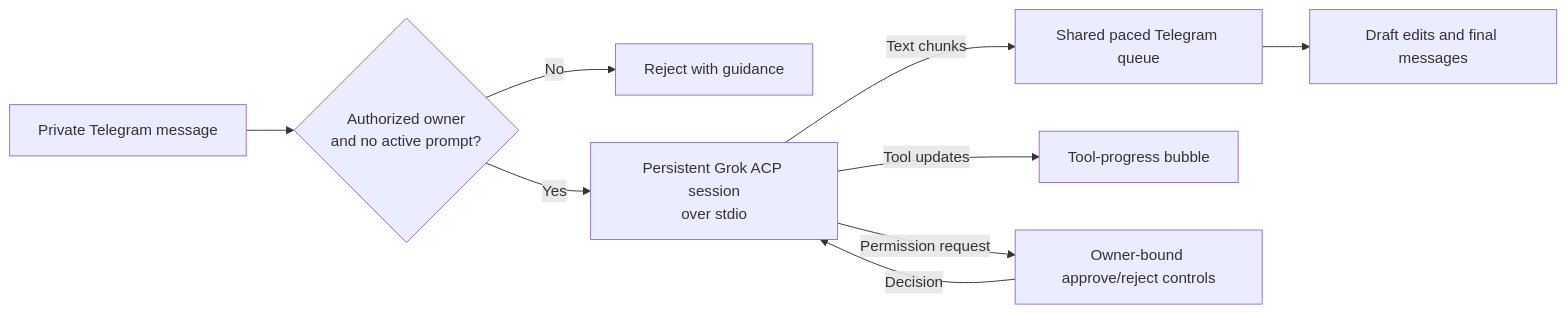
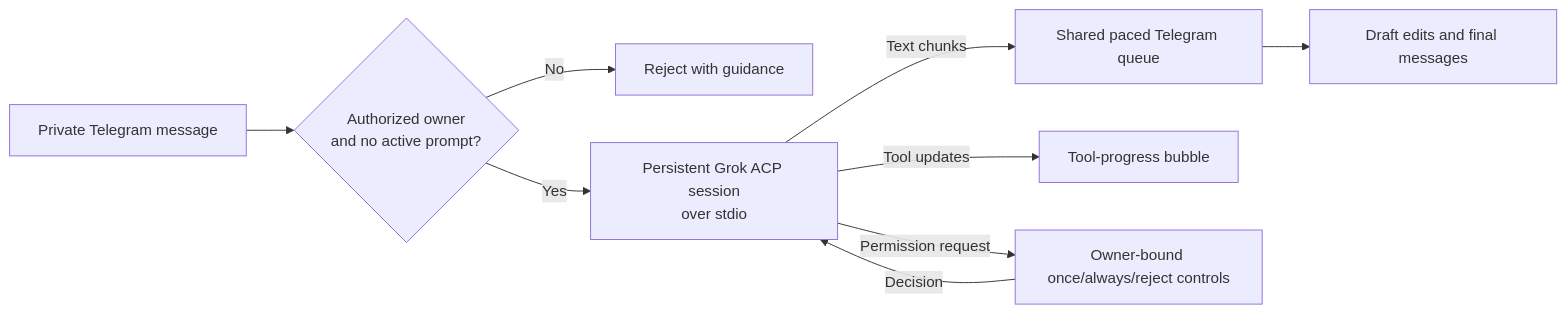
The diagram in README.md (DanWahlin/agent-telegram-bridge), drawn with Mermaid before and after one commit. The commit also changed other lines of this file and 8 other files, not shown here.

````diff
--- a/README.md
+++ b/README.md
@@ -91,11 +91,11 @@
 ```mermaid
 flowchart LR
     telegram["Private Telegram message"] --> gate{"Authorized owner<br/>and no active prompt?"}
     gate -- No --> rejected["Reject with guidance"]
     gate -- Yes --> acp["Persistent Grok ACP session<br/>over stdio"]
     acp -- Text chunks --> queue["Shared paced Telegram queue"]
     queue --> response["Draft edits and final messages"]
     acp -- Tool updates --> bubble["Tool-progress bubble"]
-    acp -- Permission request --> permission["Owner-bound approve/reject controls"]
+    acp -- Permission request --> permission["Owner-bound once/always/reject controls"]
     permission -- Decision --> acp
 ```
````
